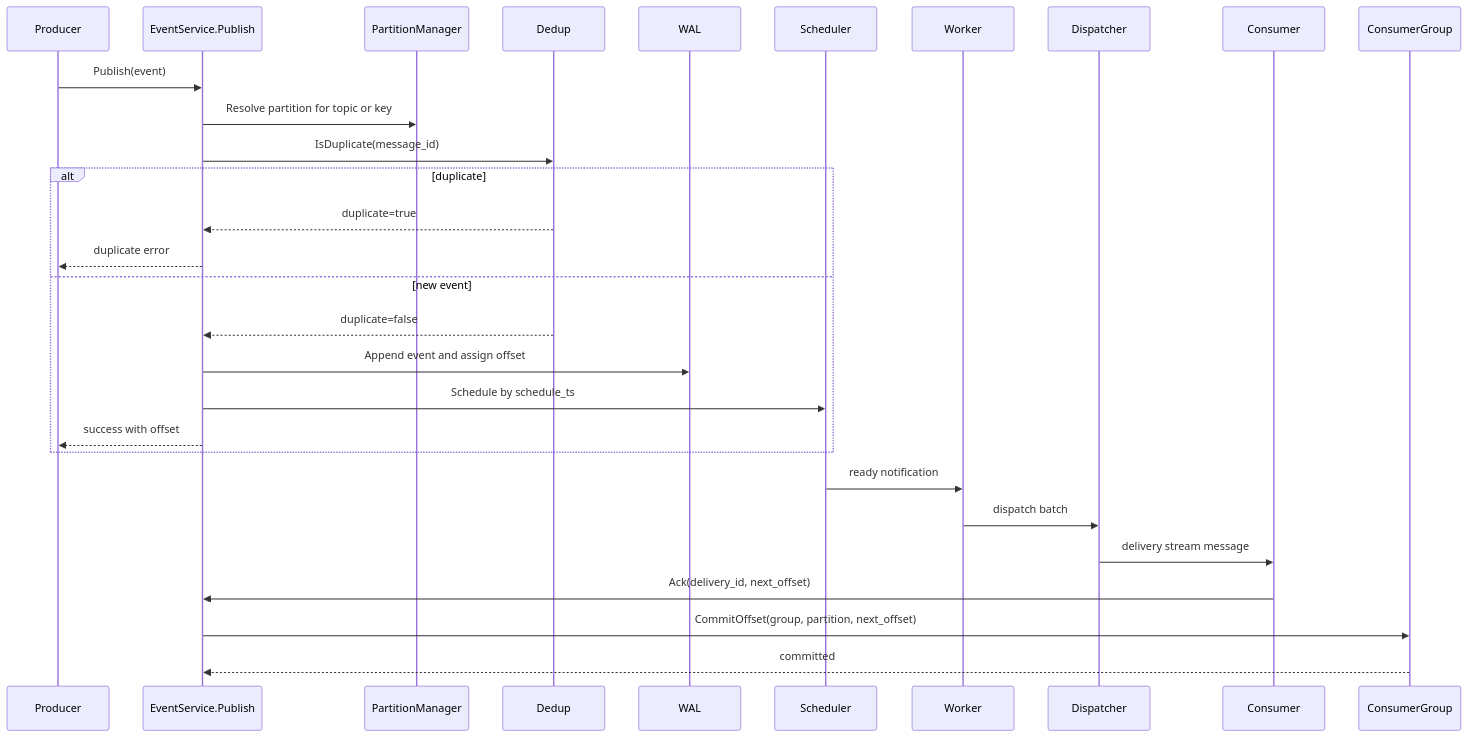
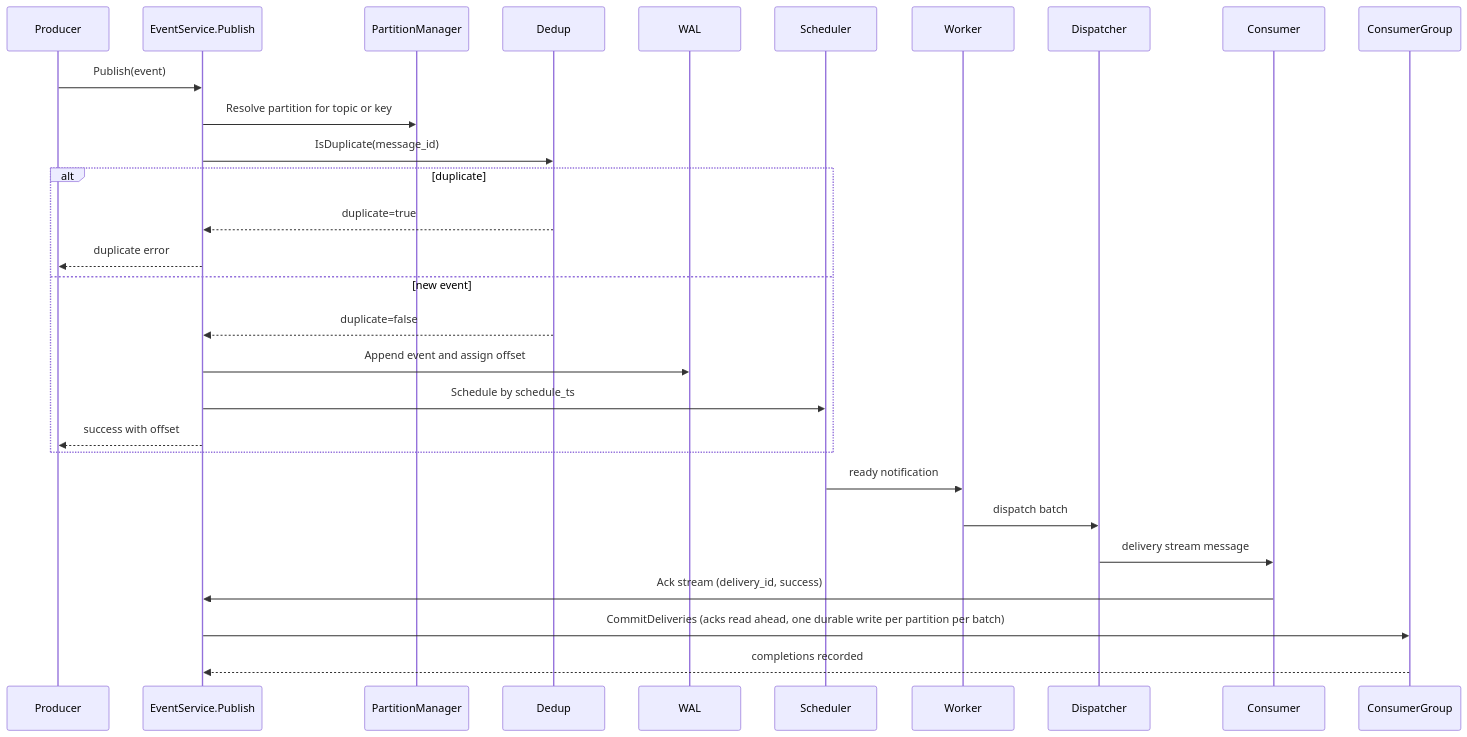
The second of 7 diagrams in docs/DEVELOPER_ARCHITECTURE_GUIDE.md (jatin711-debug/cronos_db_golang), drawn with Mermaid before and after one commit. The commit also changed other lines of this file and 31 other files, not shown here.

````diff
--- a/docs/DEVELOPER_ARCHITECTURE_GUIDE.md
+++ b/docs/DEVELOPER_ARCHITECTURE_GUIDE.md
@@ -137,33 +148,33 @@
 ```mermaid
 sequenceDiagram
     participant Producer
     participant API as EventService.Publish
     participant PM as PartitionManager
     participant Dedup
     participant WAL
     participant Scheduler
     participant Worker
     participant Dispatcher
     participant Consumer
     participant Group as ConsumerGroup
 
     Producer->>API: Publish(event)
     API->>PM: Resolve partition for topic or key
     API->>Dedup: IsDuplicate(message_id)
     alt duplicate
       Dedup-->>API: duplicate=true
       API-->>Producer: duplicate error
     else new event
       Dedup-->>API: duplicate=false
       API->>WAL: Append event and assign offset
       API->>Scheduler: Schedule by schedule_ts
       API-->>Producer: success with offset
     end
 
     Scheduler->>Worker: ready notification
     Worker->>Dispatcher: dispatch batch
     Dispatcher->>Consumer: delivery stream message
-    Consumer->>API: Ack(delivery_id, next_offset)
-    API->>Group: CommitOffset(group, partition, next_offset)
-    Group-->>API: committed
+    Consumer->>API: Ack stream (delivery_id, success)
+    API->>Group: CommitDeliveries (acks read ahead, one durable write per partition per batch)
+    Group-->>API: completions recorded
 ```
````
